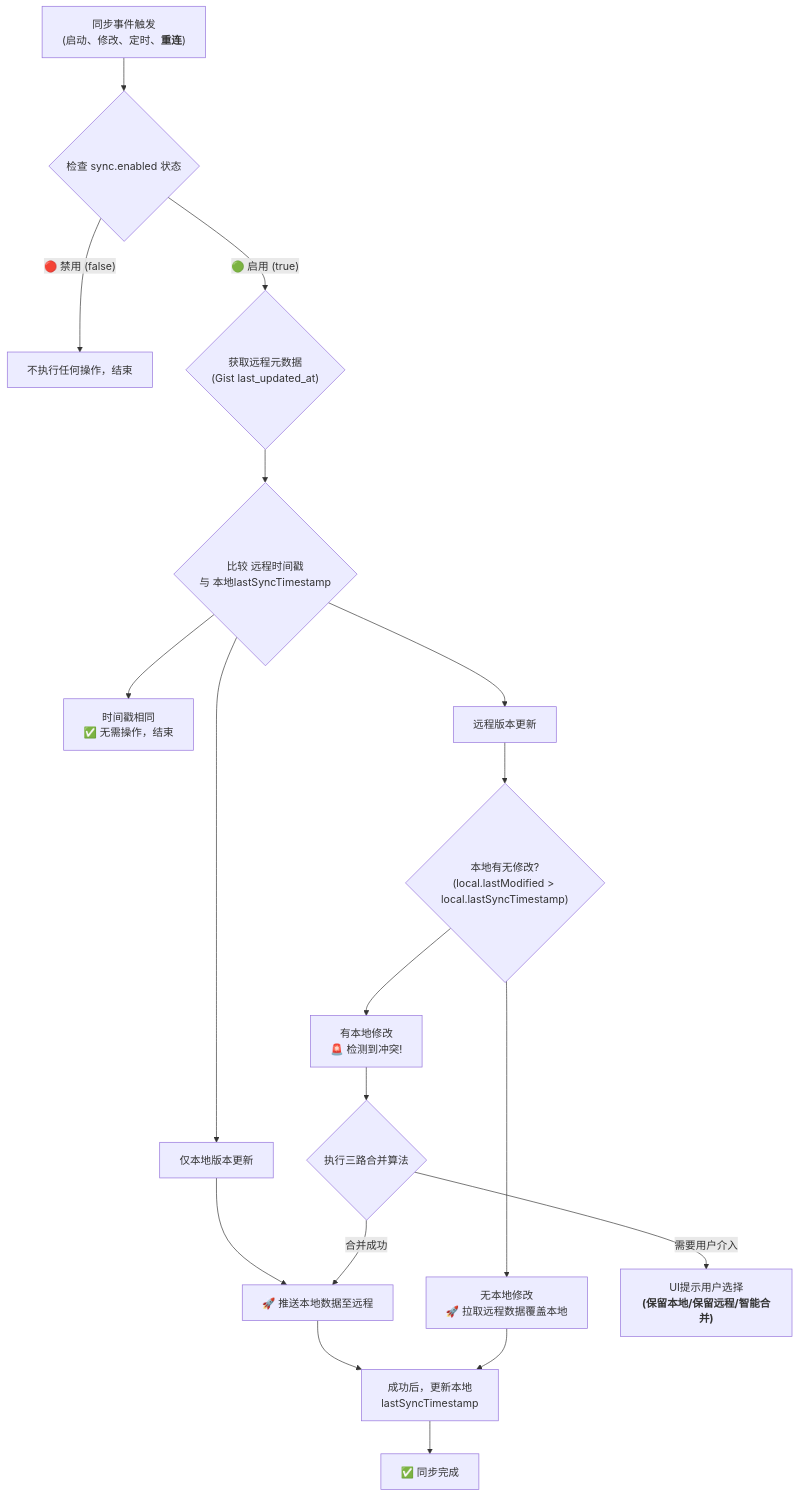
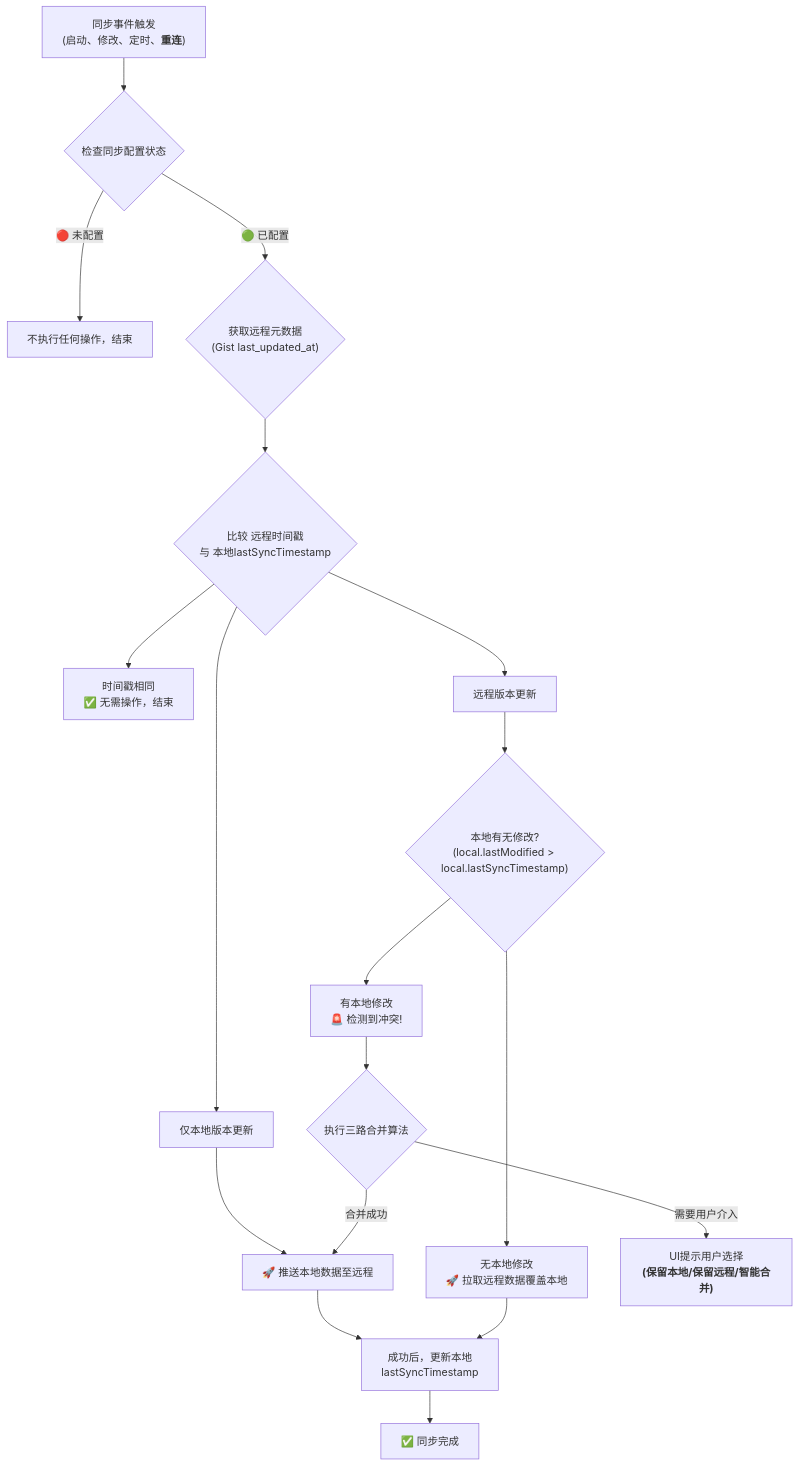
Diagram 12 of 12 in UniTab_流程链路图.md (namehu/UniTab), drawn with Mermaid before and after one commit. The commit also changed other lines of this file and 4 other files, not shown here.

````diff
--- a/UniTab_流程链路图.md
+++ b/UniTab_流程链路图.md
@@ -460,25 +455,25 @@
 ```mermaid
 graph TD
-    A["同步事件触发<br>(启动、修改、定时、<b>重连</b>)"] --> B{"检查 sync.enabled 状态"};
-    B -- "🔴 禁用 (false)" --> C["不执行任何操作，结束"];
-    B -- "🟢 启用 (true)" --> D{"获取远程元数据<br>(Gist last_updated_at)"};
+    A["同步事件触发<br>(启动、修改、定时、<b>重连</b>)"] --> B{"检查同步配置状态"};
+    B -- "🔴 未配置" --> C["不执行任何操作，结束"];
+    B -- "🟢 已配置" --> D{"获取远程元数据<br>(Gist last_updated_at)"};
 
     D --> E{"比较 远程时间戳<br>与 本地lastSyncTimestamp"};
     E --> F_NO_CHANGE["时间戳相同<br>✅ 无需操作，结束"];
     E --> G_REMOTE_NEW["远程版本更新"];
     E --> H_LOCAL_NEW["仅本地版本更新"];
 
     G_REMOTE_NEW --> I{"本地有无修改?<br>(local.lastModified > local.lastSyncTimestamp)"};
     I --> J_PULL["无本地修改<br>🚀 拉取远程数据覆盖本地"];
     I --> K_CONFLICT["有本地修改<br>🚨 检测到冲突!"];
 
     H_LOCAL_NEW --> L_PUSH["🚀 推送本地数据至远程"];
     L_PUSH --> M["成功后，更新本地<br>lastSyncTimestamp"];
 
     K_CONFLICT --> N{"执行三路合并算法"};
     N -- "合并成功" --> L_PUSH;
     N -- "需要用户介入" --> O["UI提示用户选择<br><b>(保留本地/保留远程/智能合并)</b>"];
 
     J_PULL --> M;
     M --> P["✅ 同步完成"];
 ```
````
